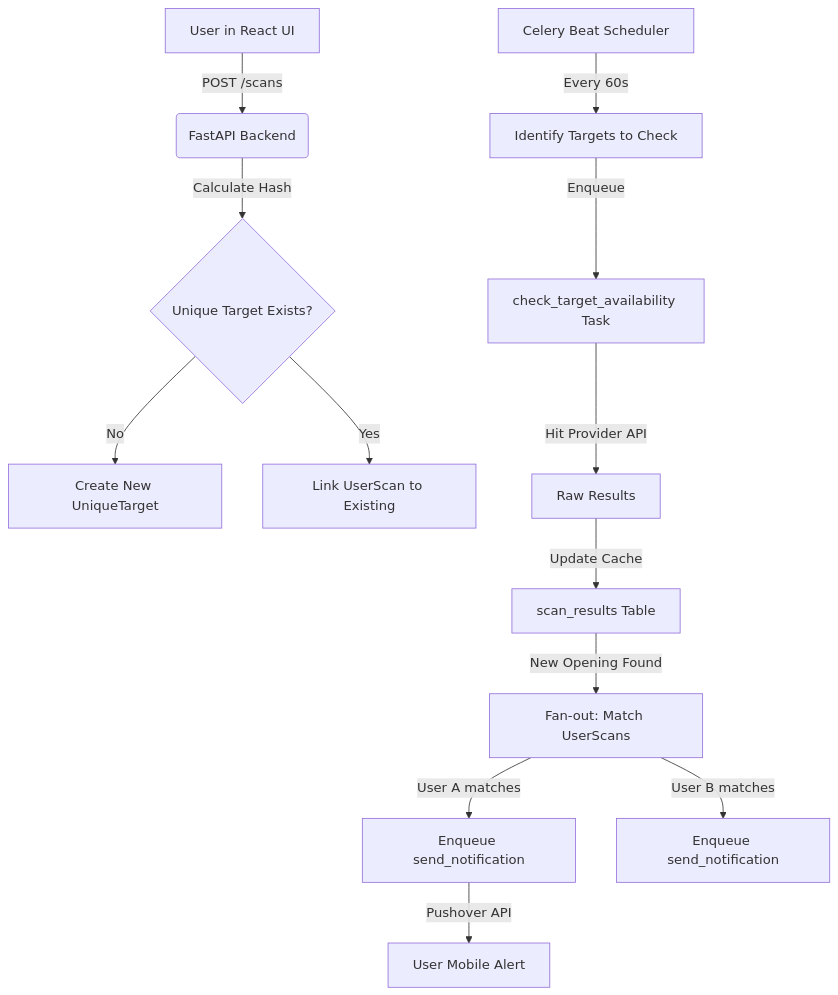
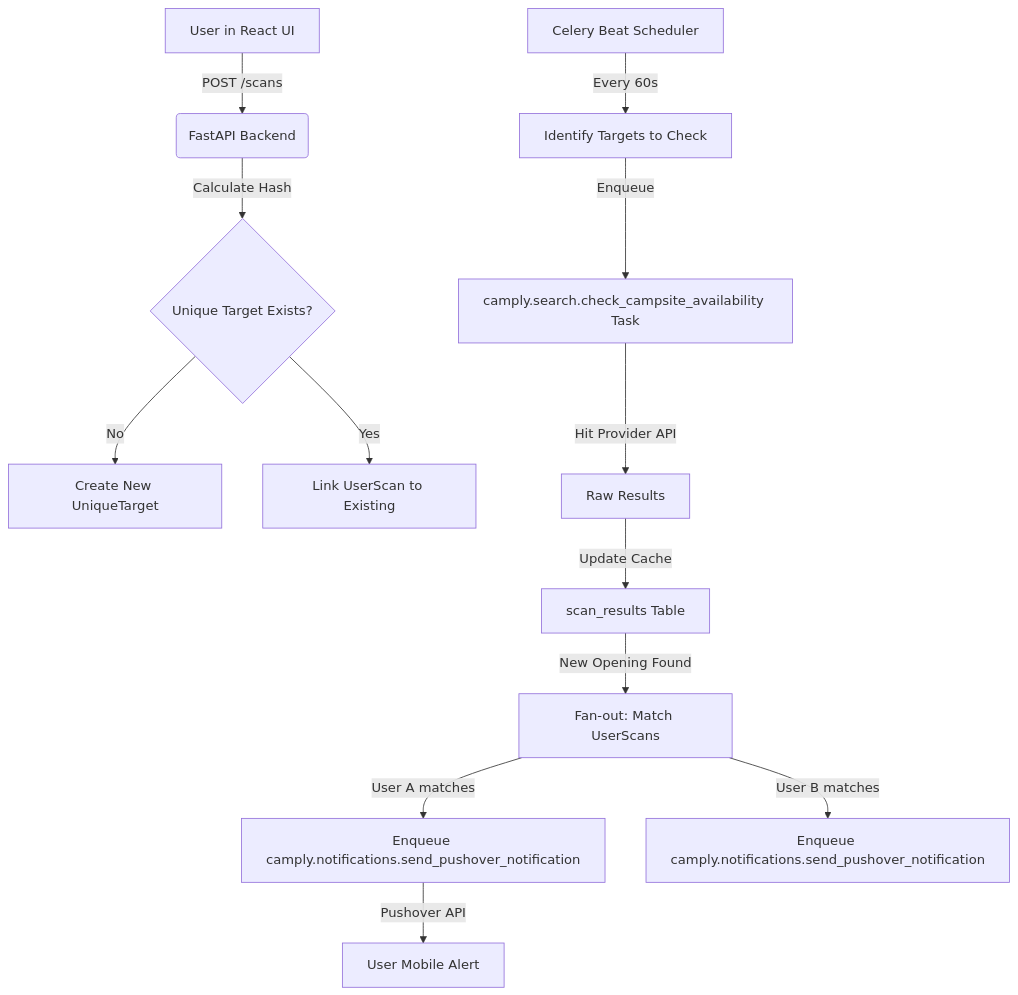
The diagram in docs/agents/ARCHITECTURE_DEEP_DIVE.md (juftin/camply-web), drawn with Mermaid before and after one commit. The commit also changed other lines of this file and 22 other files, not shown here.

First line of the commit message:
✨ (worker): Clarify Celery task names and expose search metadata in admin UI (#55)

````diff
--- a/docs/agents/ARCHITECTURE_DEEP_DIVE.md
+++ b/docs/agents/ARCHITECTURE_DEEP_DIVE.md
@@ -16,19 +16,19 @@
 ```mermaid
 graph TD
     A[User in React UI] -->|POST /scans| B(FastAPI Backend)
     B -->|Calculate Hash| C{Unique Target Exists?}
     C -->|No| D[Create New UniqueTarget]
     C -->|Yes| E[Link UserScan to Existing]
 
     F[Celery Beat Scheduler] -->|Every 60s| G[Identify Targets to Check]
-    G -->|Enqueue| H[check_target_availability Task]
+    G -->|Enqueue| H[camply.search.check_campsite_availability Task]
 
     H -->|Hit Provider API| I[Raw Results]
     I -->|Update Cache| J[scan_results Table]
 
     J -->|New Opening Found| K[Fan-out: Match UserScans]
-    K -->|User A matches| L[Enqueue send_notification]
-    K -->|User B matches| M[Enqueue send_notification]
+    K -->|User A matches| L[Enqueue camply.notifications.send_pushover_notification]
+    K -->|User B matches| M[Enqueue camply.notifications.send_pushover_notification]
 
     L -->|Pushover API| N[User Mobile Alert]
 ```
````
